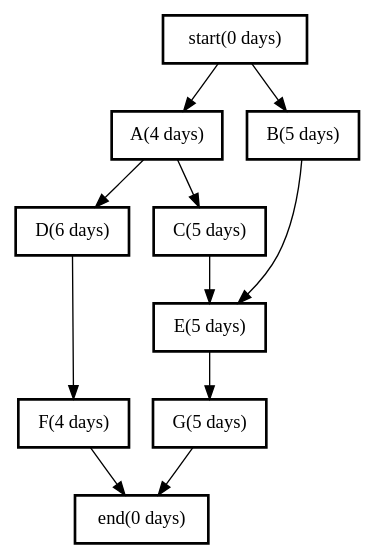
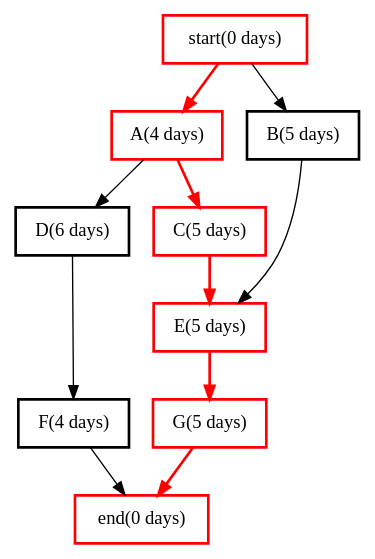
Before and after one commit to davidinsuomi/systemModelling: the diagram in pertchart.dot, drawn with Graphviz.

Commit message:
add csv file

```diff
--- a/pertchart.dot
+++ b/pertchart.dot
@@ -1,20 +1,20 @@
-digraph myPERT {start[shape=polygon, sides=4, style="bold", color="black",label="start(0 days)"]
-A[shape=polygon, sides=4, style="bold", color="black",label="A(4 days)"]
-B[shape=polygon, sides=4, style="bold", color="black",label="B(5 days)"]
-C[shape=polygon, sides=4, style="bold", color="black",label="C(5 days)"]
-D[shape=polygon, sides=4, style="bold", color="black",label="D(6 days)"]
-E[shape=polygon, sides=4, style="bold", color="black",label="E(5 days)"]
-F[shape=polygon, sides=4, style="bold", color="black",label="F(4 days)"]
-G[shape=polygon, sides=4, style="bold", color="black",label="G(5 days)"]
-end[shape=polygon, sides=4, style="bold", color="black",label="end(0 days)"]
-start->A[label=""]
+digraph myPERT {start[shape=polygon, sides=4, style="bold",label="start(0 days)",color="red"]
+A[shape=polygon, sides=4, style="bold",label="A(4 days)",color="red"]
+B[shape=polygon, sides=4, style="bold",label="B(5 days)",color="black"]
+C[shape=polygon, sides=4, style="bold",label="C(5 days)",color="red"]
+D[shape=polygon, sides=4, style="bold",label="D(6 days)",color="black"]
+E[shape=polygon, sides=4, style="bold",label="E(5 days)",color="red"]
+F[shape=polygon, sides=4, style="bold",label="F(4 days)",color="black"]
+G[shape=polygon, sides=4, style="bold",label="G(5 days)",color="red"]
+end[shape=polygon, sides=4, style="bold",label="end(0 days)",color="red"]
+start->A[label="", style="bold", color="red"]
 start->B[label=""]
+A->C[label="", style="bold", color="red"]
 A->D[label=""]
-A->C[label=""]
 B->E[label=""]
-C->E[label=""]
+C->E[label="", style="bold", color="red"]
 D->F[label=""]
-E->G[label=""]
+E->G[label="", style="bold", color="red"]
 F->end[label=""]
-G->end[label=""]
+G->end[label="", style="bold", color="red"]
 }
```
